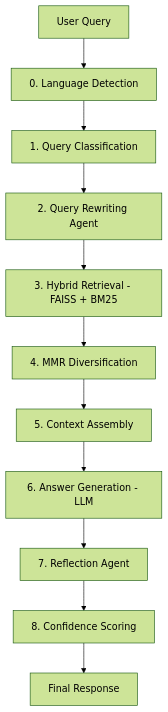
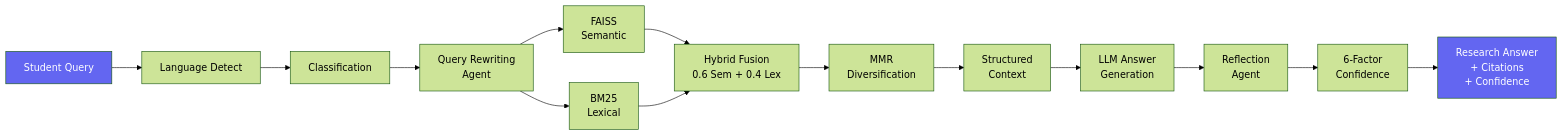
The sixth of 9 diagrams in README.md (kundanpure/Course-Material-QA-Chatbot), drawn with Mermaid (forest theme) before and after one commit. The commit also changed other lines of this file, not shown here.

Commit message:
docs: comprehensive pipeline architecture, Mermaid diagrams, and ChatGPT comparison

````diff
--- a/README.md
+++ b/README.md
@@ -75,13 +502,19 @@
 ```mermaid
-graph TB
-    User[User Query] --> A[0. Language Detection]
-    A --> B[1. Query Classification]
-    B --> C[2. Query Rewriting Agent]
-    C --> D[3. Hybrid Retrieval - FAISS + BM25]
-    D --> E[4. MMR Diversification]
-    E --> F[5. Context Assembly]
-    F --> G[6. Answer Generation - LLM]
-    G --> H[7. Reflection Agent]
-    H --> I[8. Confidence Scoring]
-    I --> Response[Final Response]
+graph LR
+    Q[Student Query] --> D[Language Detect]
+    D --> CL[Classification]
+    CL --> RW[Query Rewriting<br/>Agent]
+    RW --> F[FAISS<br/>Semantic]
+    RW --> B[BM25<br/>Lexical]
+    F --> HY[Hybrid Fusion<br/>0.6 Sem + 0.4 Lex]
+    B --> HY
+    HY --> MMR[MMR<br/>Diversification]
+    MMR --> CTX[Structured<br/>Context]
+    CTX --> LLM[LLM Answer<br/>Generation]
+    LLM --> REF[Reflection<br/>Agent]
+    REF --> CONF[6-Factor<br/>Confidence]
+    CONF --> A[Research Answer<br/>+ Citations<br/>+ Confidence]
+
+    style Q fill:#6366f1,color:#fff
+    style A fill:#6366f1,color:#fff
 ```
````
